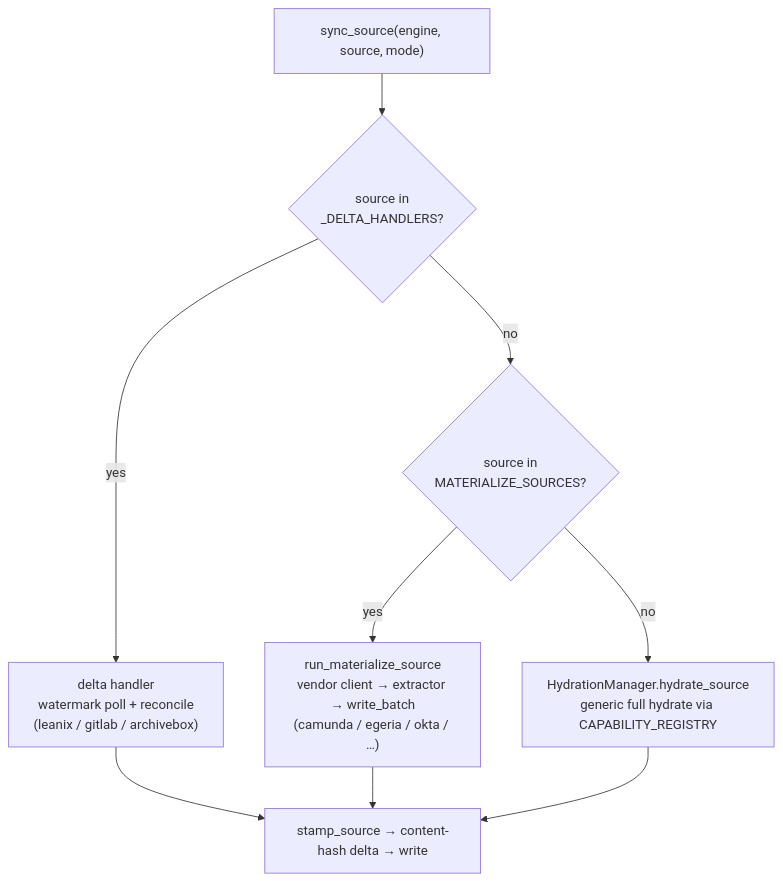
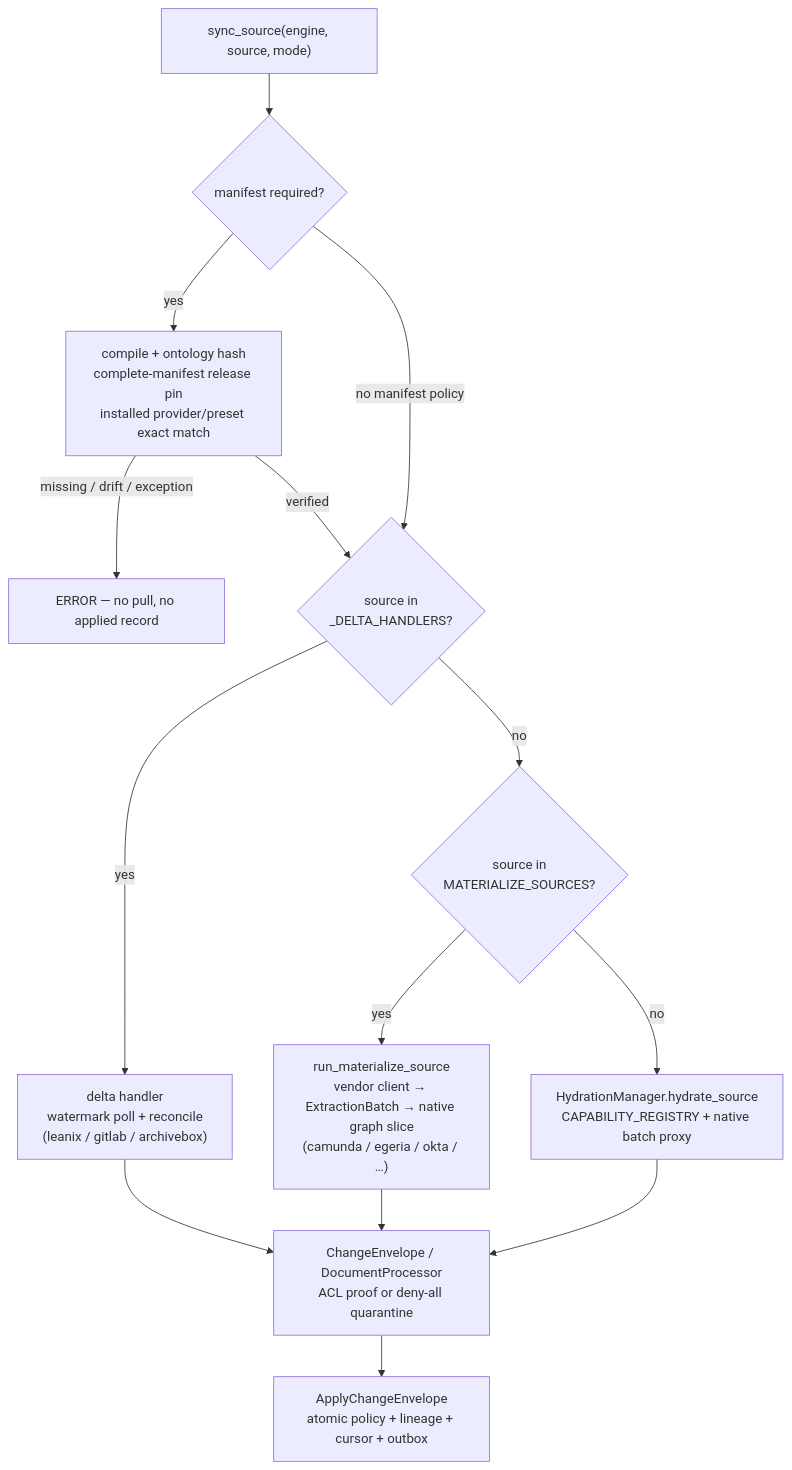
The second of 3 diagrams in docs/architecture/kg_connectors_and_ingestion.md (Knuckles-Team/agent-utilities), drawn with Mermaid before and after one commit. The commit also changed other lines of this file and 3818 other files, not shown here.

````diff
--- a/docs/architecture/kg_connectors_and_ingestion.md
+++ b/docs/architecture/kg_connectors_and_ingestion.md
@@ -95,9 +95,14 @@
 ```mermaid
 flowchart TD
-  S["sync_source(engine, source, mode)"] --> A{source in\n_DELTA_HANDLERS?}
+  S["sync_source(engine, source, mode)"] --> G{manifest required?}
+  G -->|yes| V["compile + ontology hash\ncomplete-manifest release pin\ninstalled provider/preset exact match"]
+  V -->|missing / drift / exception| X["ERROR — no pull, no applied record"]
+  V -->|verified| A{source in\n_DELTA_HANDLERS?}
+  G -->|no manifest policy| A
   A -->|yes| D["delta handler\nwatermark poll + reconcile\n(leanix / gitlab / archivebox)"]
   A -->|no| B{source in\nMATERIALIZE_SOURCES?}
-  B -->|yes| M["run_materialize_source\nvendor client → extractor → write_batch\n(camunda / egeria / okta / …)"]
-  B -->|no| C["HydrationManager.hydrate_source\ngeneric full hydrate via CAPABILITY_REGISTRY"]
-  D & M & C --> P["stamp_source → content-hash delta → write"]
+  B -->|yes| M["run_materialize_source\nvendor client → ExtractionBatch → native graph slice\n(camunda / egeria / okta / …)"]
+  B -->|no| C["HydrationManager.hydrate_source\nCAPABILITY_REGISTRY + native batch proxy"]
+  D & M & C --> P["ChangeEnvelope / DocumentProcessor\nACL proof or deny-all quarantine"]
+  P --> W["ApplyChangeEnvelope\natomic policy + lineage + cursor + outbox"]
 ```
````
